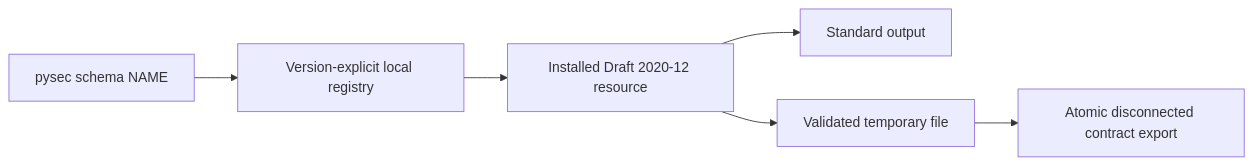
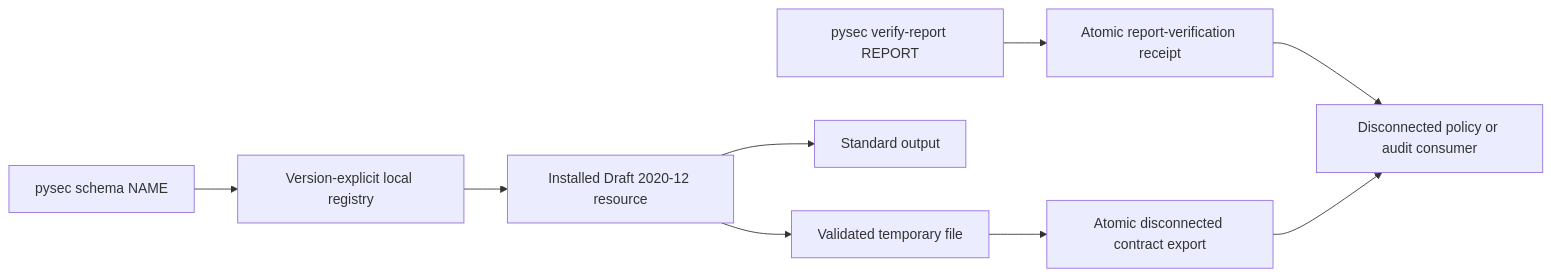
The eighth of 9 diagrams in docs/design.md (willtran87/project-py-security-suite), drawn with Mermaid before and after one commit. The commit also changed other lines of this file and 12 other files, not shown here.

Commit message:
Publish report verification receipts

````diff
--- a/docs/design.md
+++ b/docs/design.md
@@ -404,8 +405,11 @@
 ```mermaid
 flowchart LR
+    Verify["pysec verify-report REPORT"] --> Receipt["Atomic report-verification receipt"]
     CLI["pysec schema NAME"] --> Registry["Version-explicit local registry"]
     Registry --> Resource["Installed Draft 2020-12 resource"]
     Resource --> Stdout["Standard output"]
     Resource --> Atomic["Validated temporary file"]
     Atomic --> Export["Atomic disconnected contract export"]
+    Receipt --> Consumer["Disconnected policy or audit consumer"]
+    Export --> Consumer
 ```
````
